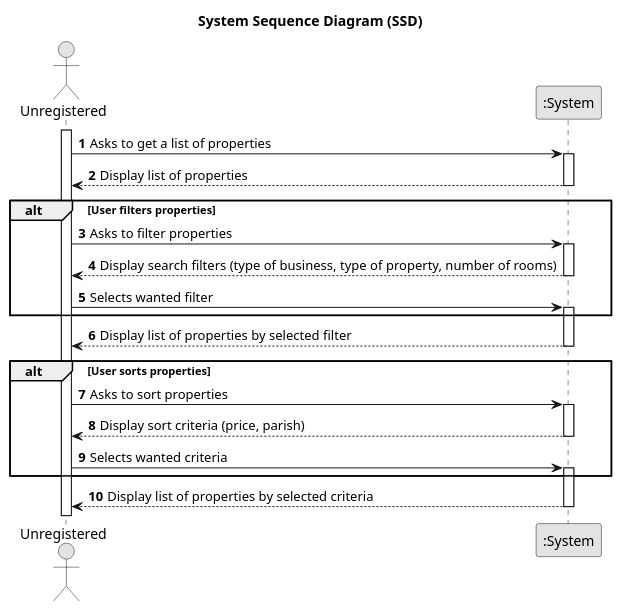
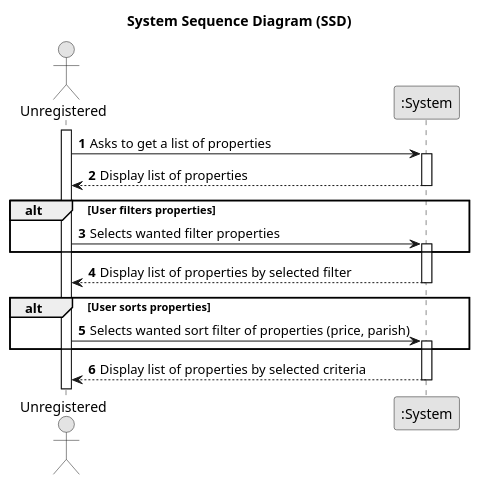
The diagram in lei-22-s2-1do-g68/docs/SprintB/us001/01.requirements-engineering/puml/us001-SequenceDiagram.puml (hugosilva2901/lei-22-s2-1DO-g68), drawn with PlantUML before and after one commit. The commit also changed 4 other files, not shown here.

```diff
--- a/lei-22-s2-1do-g68/docs/SprintB/us001/01.requirements-engineering/puml/us001-SequenceDiagram.puml
+++ b/lei-22-s2-1do-g68/docs/SprintB/us001/01.requirements-engineering/puml/us001-SequenceDiagram.puml
@@ -1,44 +1,36 @@
 @startuml
 skinparam monochrome true
 skinparam packageStyle rectangle
 skinparam shadowing false
 
 title System Sequence Diagram (SSD)
 
 autonumber
 actor "Unregistered" as User
 participant ":System" as System
 
 activate User
 
     User -> System : Asks to get a list of properties
     activate System
 
         System --> User : Display list of properties
     deactivate System
 
     alt User filters properties
-        User -> System : Asks to filter properties
+        User -> System : Selects wanted filter properties
         activate System
 
-            System --> User : Display search filters (type of business, type of property, number of rooms)
-        deactivate System
-        User -> System : Selects wanted filter
-            activate System
     end
                 System --> User : Display list of properties by selected filter
             deactivate System
 
     alt User sorts properties
-        User -> System : Asks to sort properties
+        User -> System : Selects wanted sort filter of properties (price, parish)
         activate System
 
-            System --> User : Display sort criteria (price, parish)
-        deactivate System
-        User -> System : Selects wanted criteria
-          activate System
     end
     System --> User : Display list of properties by selected criteria
                 deactivate System
 
 @enduml
```
